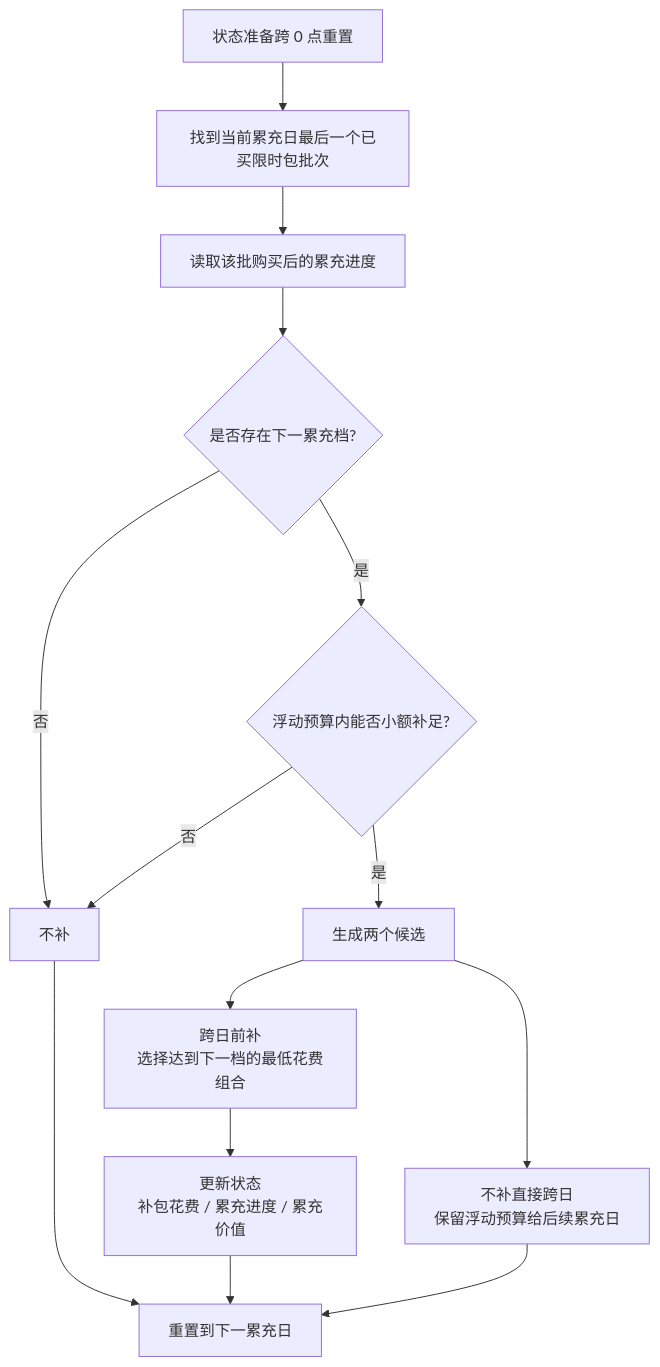
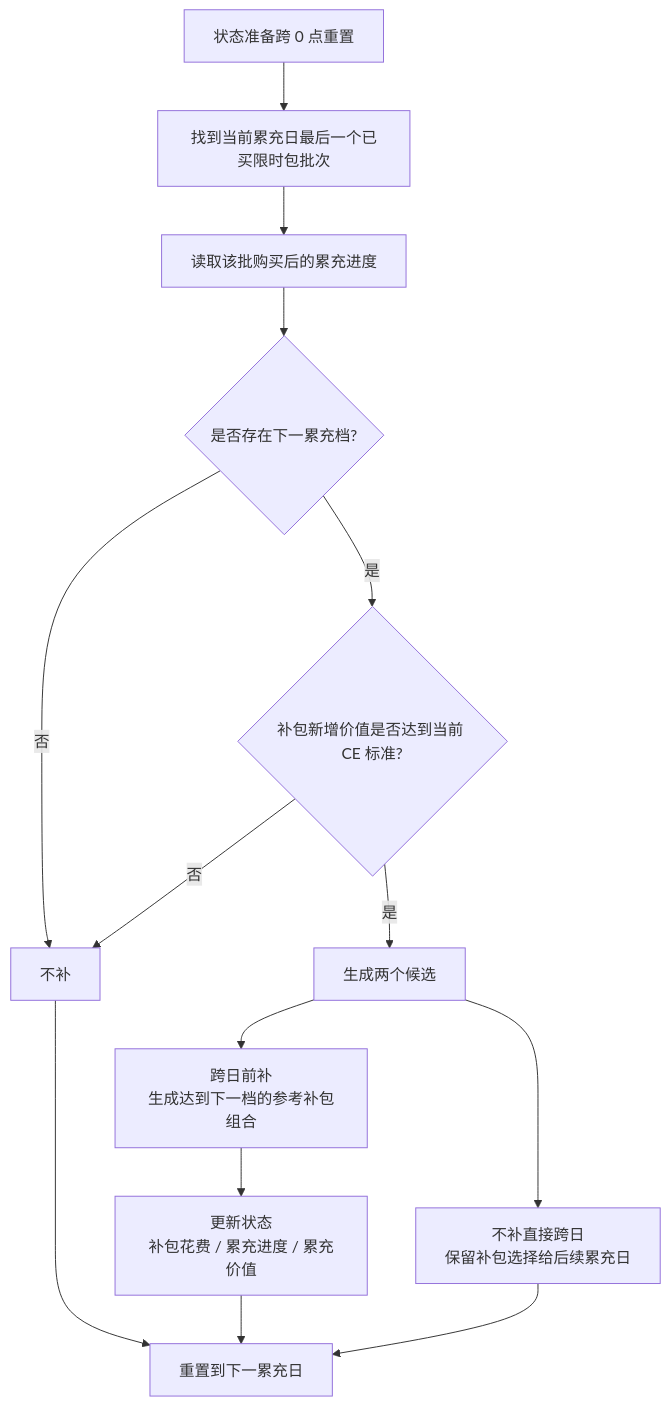
Before and after one commit to hitazuki/mementomori-calculator: the fourth of 4 diagrams in doc/items/UltraSalePack/path-planning-visual.md, drawn with Mermaid. The commit also changed other lines of this file and 10 other files, not shown here.

````diff
--- a/doc/items/UltraSalePack/path-planning-visual.md
+++ b/doc/items/UltraSalePack/path-planning-visual.md
@@ -123,16 +116,16 @@
 ```mermaid
 flowchart TD
   A["状态准备跨 0 点重置"] --> B["找到当前累充日最后一个已买限时包批次"]
   B --> B2["读取该批购买后的累充进度"]
   B2 --> C{"是否存在下一累充档?"}
   C -- "否" --> D["不补"]
-  C -- "是" --> E{"浮动预算内能否小额补足?"}
+  C -- "是" --> E{"补包新增价值是否达到当前 CE 标准?"}
   E -- "否" --> D
   E -- "是" --> F["生成两个候选"]
-  F --> G["跨日前补<br/>选择达到下一档的最低花费组合"]
-  F --> H["不补直接跨日<br/>保留浮动预算给后续累充日"]
+  F --> G["跨日前补<br/>生成达到下一档的参考补包组合"]
+  F --> H["不补直接跨日<br/>保留补包选择给后续累充日"]
   G --> I["更新状态<br/>补包花费 / 累充进度 / 累充价值"]
   I --> J["重置到下一累充日"]
   H --> J
   D --> J
 ```
````
